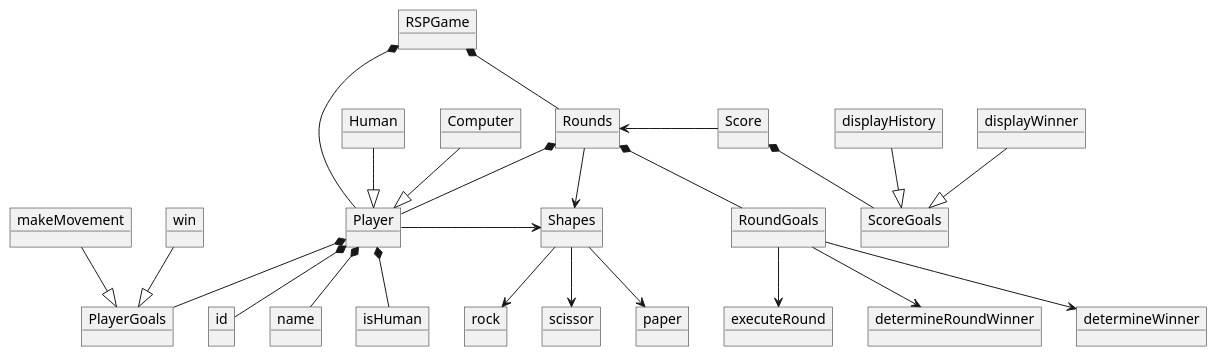
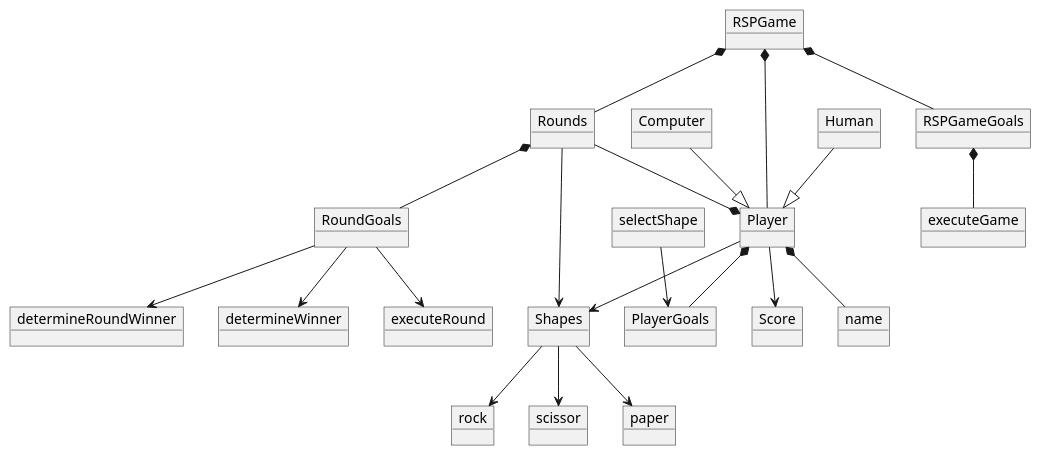
The diagram in docs/rsp.plantuml (andrescordovatelus/RockPaperScissor-MVC), drawn with PlantUML before and after one commit. The commit also changed 5 other files, not shown here.

```diff
--- a/docs/rsp.plantuml
+++ b/docs/rsp.plantuml
@@ -1,62 +1,52 @@
 @startuml RockScissorPaper
 
 object RSPGame
+object RSPGameGoals
+object executeGame
+object Score
     object Player
-            object id
             object name
-            object isHuman
         object PlayerGoals
-            object makeMovement
-            object win
-            
+            object selectShape
     object Human
     object Computer
-
     object Shapes
         object rock
         object scissor
         object paper
-    object Score
-        object ScoreGoals
-            object displayHistory
-            object displayWinner
     object Rounds
         object RoundGoals
             object executeRound
             object determineRoundWinner
             object determineWinner
 
     RSPGame *-- Player
     RSPGame *-- Rounds
+    RSPGame *-- RSPGameGoals
+
+    RSPGameGoals *-- executeGame
 
     Rounds *-- RoundGoals
     RoundGoals --> executeRound
     RoundGoals --> determineRoundWinner
     RoundGoals --> determineWinner
 
-    Human -down-|> Player
-    Computer -down-|> Player
 
-    Rounds *-- Player
+    Human --|> Player
+    Computer --|> Player
+
+    Rounds --* Player
     Rounds --> Shapes
     
-    Score *-- ScoreGoals
+    Player *-- name
+    Player *-- PlayerGoals
+    Player --> Shapes
+    Player --> Score
 
-    Player *-- id
-    Player *-- name
-    Player *-- isHuman
-    Player *-- PlayerGoals
-    Player -right-> Shapes
-
-    makeMovement --|> PlayerGoals
-    win --|> PlayerGoals
-
-    displayHistory --|> ScoreGoals
-    displayWinner --|> ScoreGoals
+    selectShape --> PlayerGoals
 
     Shapes --> rock
     Shapes --> paper
     Shapes --> scissor
 
-    Score -left-> Rounds
 @enduml
```
